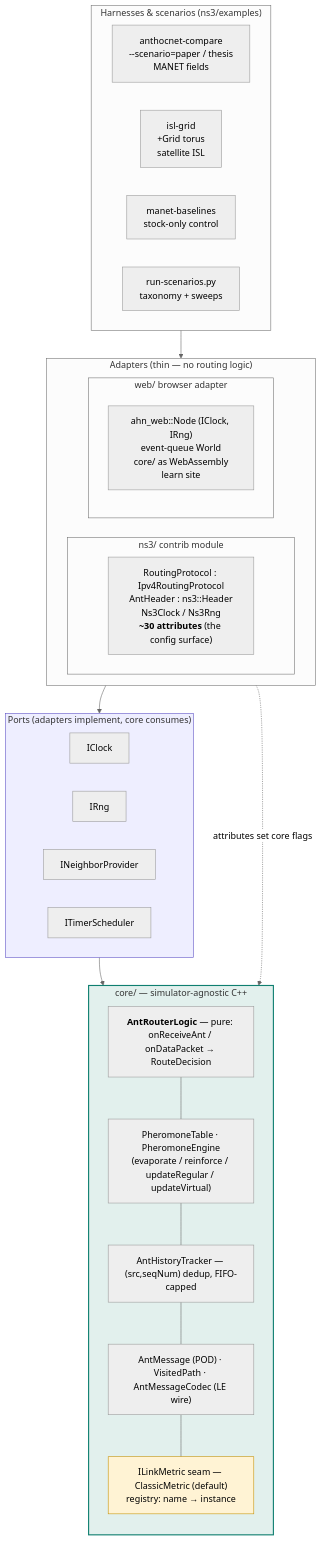
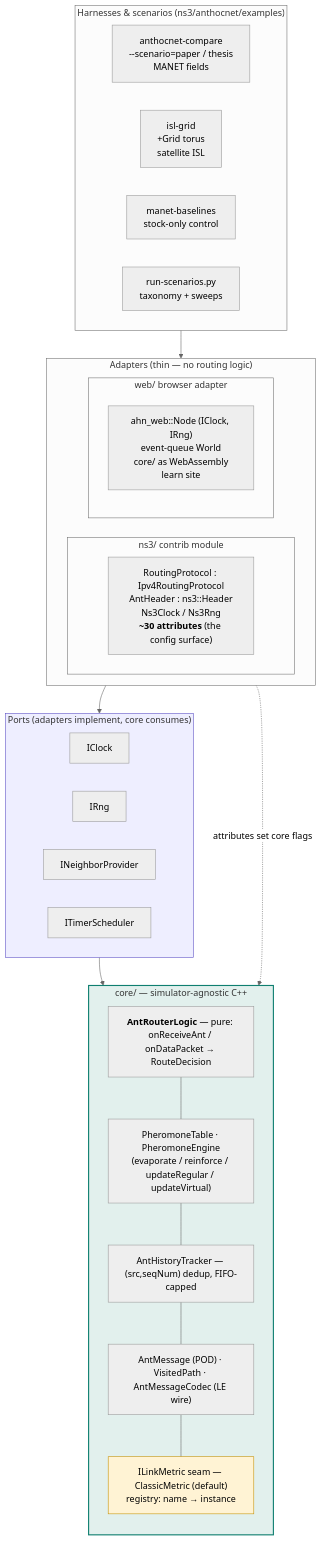
Before and after one commit to danieljoppi/AntHocNet: the first of 3 diagrams in docs/software-layers.md, drawn with Mermaid (neutral theme). The commit also changed 149 other files, not shown here.

````diff
--- a/docs/software-layers.md
+++ b/docs/software-layers.md
@@ -20,47 +20,47 @@
 ```mermaid
 flowchart TB
-    subgraph HARNESS["Harnesses & scenarios (ns3/examples)"]
+    subgraph HARNESS["Harnesses & scenarios (ns3/anthocnet/examples)"]
         direction LR
         H1["anthocnet-compare<br/>--scenario=paper / thesis<br/>MANET fields"]
         H2["isl-grid<br/>+Grid torus<br/>satellite ISL"]
         H3["manet-baselines<br/>stock-only control"]
         H4["run-scenarios.py<br/>taxonomy + sweeps"]
     end
 
     subgraph ADAPT["Adapters (thin — no routing logic)"]
         direction LR
         subgraph NS3["ns3/ contrib module"]
             A3["RoutingProtocol : Ipv4RoutingProtocol<br/>AntHeader : ns3::Header<br/>Ns3Clock / Ns3Rng<br/><b>~30 attributes</b> (the config surface)"]
         end
         subgraph WEB["web/ browser adapter"]
             AW["ahn_web::Node (IClock, IRng)<br/>event-queue World<br/>core/ as WebAssembly<br/>learn site"]
         end
     end
 
     subgraph PORTS["Ports (adapters implement, core consumes)"]
         direction LR
         P1["IClock"]
         P2["IRng"]
         P3["INeighborProvider"]
         P4["ITimerScheduler"]
     end
 
     subgraph CORE["core/ — simulator-agnostic C++"]
         direction TB
         C1["<b>AntRouterLogic</b> — pure: onReceiveAnt / onDataPacket → RouteDecision"]
         C2["PheromoneTable · PheromoneEngine<br/>(evaporate / reinforce / updateRegular / updateVirtual)"]
         C3["AntHistoryTracker — (src,seqNum) dedup, FIFO-capped"]
         C4["AntMessage (POD) · VisitedPath · AntMessageCodec (LE wire)"]
         C5["ILinkMetric seam — ClassicMetric (default)<br/>registry: name → instance"]
         C1 --- C2 --- C3 --- C4 --- C5
     end
 
     HARNESS --> ADAPT
     ADAPT --> PORTS
     PORTS --> CORE
     A3 -. "attributes set core flags" .-> C1
 
     style CORE fill:#e2f0ed,stroke:#0f7f70,stroke-width:2px
     style C5 fill:#fff3d4,stroke:#c48f00
     style PORTS fill:#eef,stroke:#5b4fc4
 ```
````
